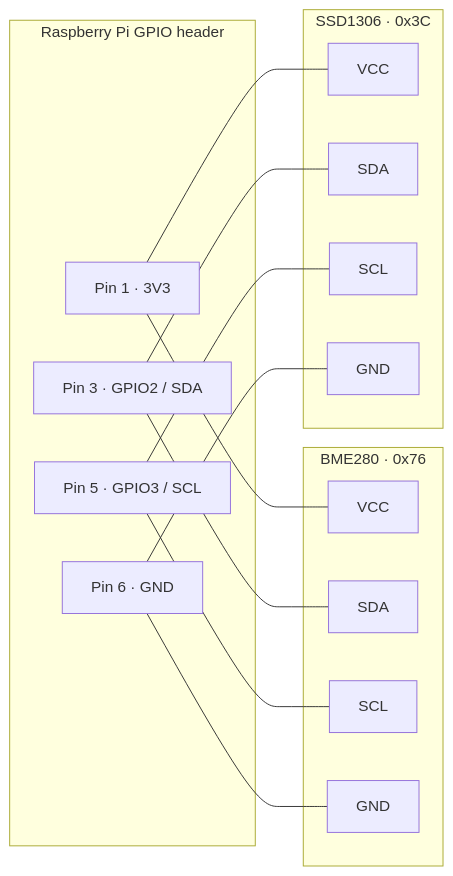
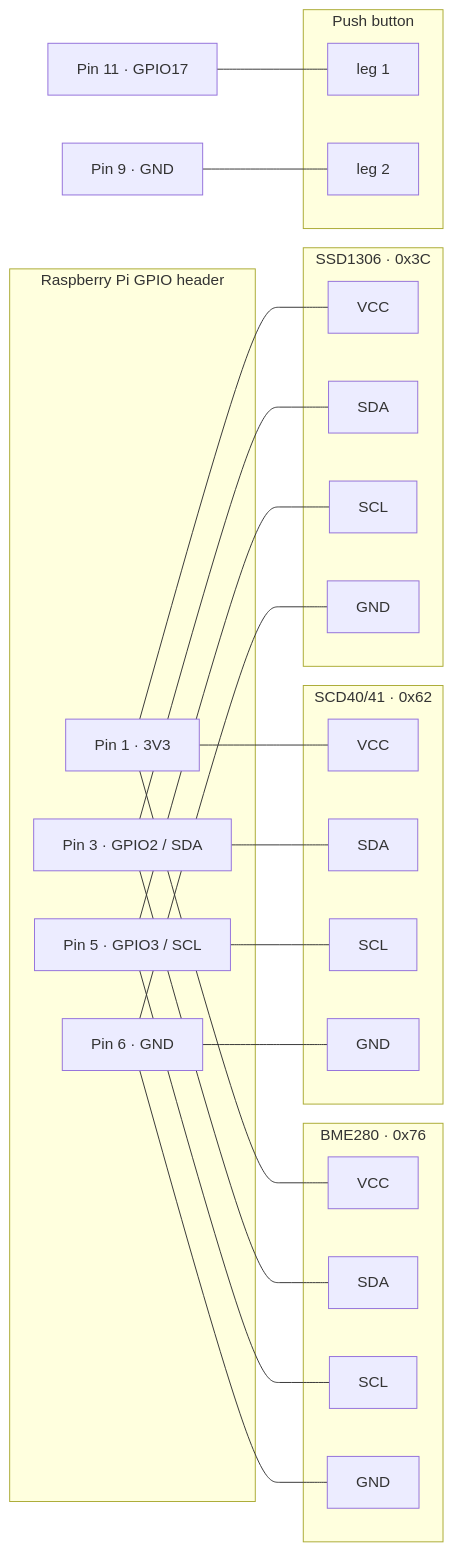
One commit to SabinMG/EnviroPi-MQTT changed the fourth of 5 diagrams in README.md. Above: the diagram before and after it, drawn with Mermaid. The commit also changed other lines of this file and 2 other files, not shown here.

Commit message:
Document the CO2 sensor and button, update screen previews

````diff
--- a/README.md
+++ b/README.md
@@ -298,25 +327,39 @@
 ```mermaid
 flowchart LR
     subgraph PI["Raspberry Pi GPIO header"]
         P1["Pin 1 · 3V3"]
         P3["Pin 3 · GPIO2 / SDA"]
         P5["Pin 5 · GPIO3 / SCL"]
         P6["Pin 6 · GND"]
     end
     subgraph BME["BME280 · 0x76"]
         B1[VCC]
         B2[SDA]
         B3[SCL]
         B4[GND]
     end
+    subgraph SCD["SCD40/41 · 0x62"]
+        C1[VCC]
+        C2[SDA]
+        C3[SCL]
+        C4[GND]
+    end
     subgraph OLED["SSD1306 · 0x3C"]
         O1[VCC]
         O2[SDA]
         O3[SCL]
         O4[GND]
     end
-    P1 --- B1 & O1
-    P3 --- B2 & O2
-    P5 --- B3 & O3
-    P6 --- B4 & O4
+    subgraph BTN["Push button"]
+        K1[leg 1]
+        K2[leg 2]
+    end
+    P11["Pin 11 · GPIO17"]
+    P9["Pin 9 · GND"]
+    P1 --- B1 & C1 & O1
+    P3 --- B2 & C2 & O2
+    P5 --- B3 & C3 & O3
+    P6 --- B4 & C4 & O4
+    P11 --- K1
+    P9 --- K2
 ```
````
